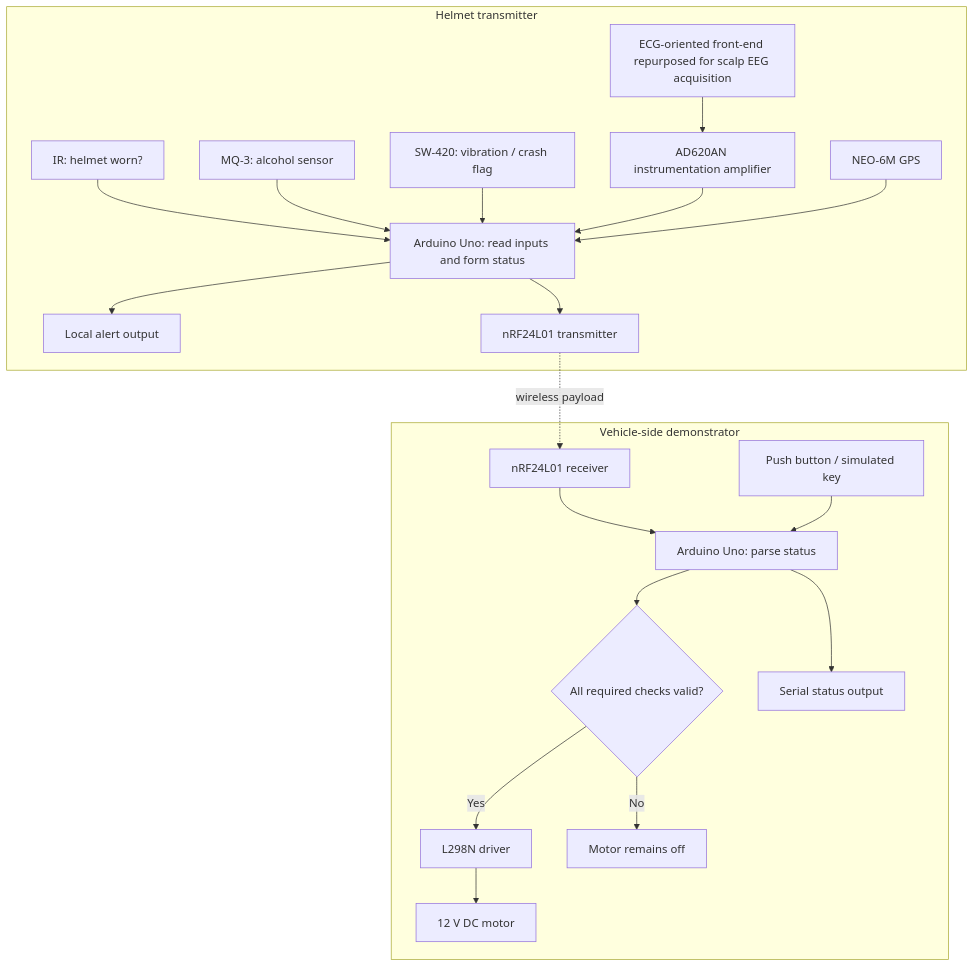
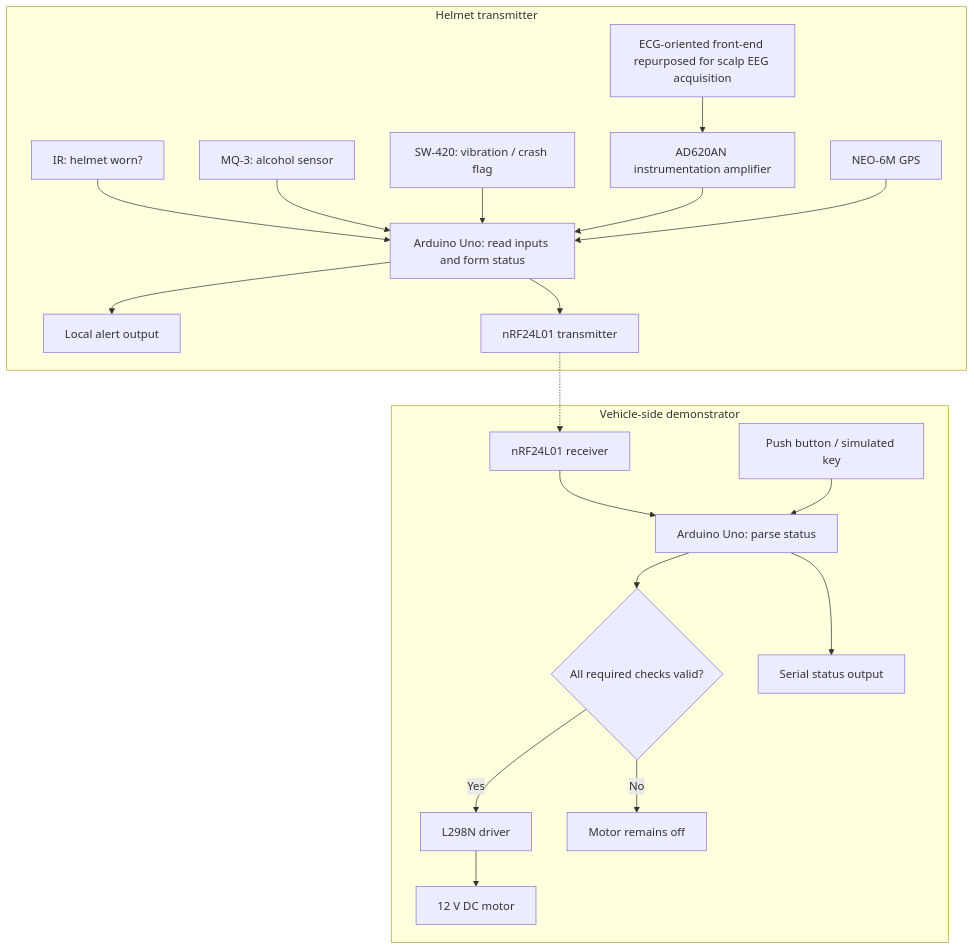
One commit to savarrare14/smart-helmet-biometric-fatigue-detection changed the diagram in docs/system-architecture.md. Above: the diagram before and after it, drawn with Mermaid.

Commit message:
Fix Mermaid diagram edge-label syntax

````diff
--- a/docs/system-architecture.md
+++ b/docs/system-architecture.md
@@ -41,31 +41,31 @@
 ```mermaid
 flowchart TD
   subgraph H["Helmet transmitter"]
     S1["IR: helmet worn?"]
     S2["MQ-3: alcohol sensor"]
     S3["SW-420: vibration / crash flag"]
     BIO["ECG-oriented front-end repurposed for scalp EEG acquisition"]
     AMP["AD620AN instrumentation amplifier"]
     S5["NEO-6M GPS"]
     M["Arduino Uno: read inputs and form status"]
     A["Local alert output"]
     R1["nRF24L01 transmitter"]
     S1 --> M
     S2 --> M
     S3 --> M
     BIO --> AMP --> M
     S5 --> M
     M --> A
     M --> R1
   end
-  R1 -. wireless payload .-> R2["nRF24L01 receiver"]
+  R1 -.-> R2["nRF24L01 receiver"]
   subgraph V["Vehicle-side demonstrator"]
     R2 --> RX["Arduino Uno: parse status"]
     KEY["Push button / simulated key"] --> RX
     RX --> C{"All required checks valid?"}
-    C -- Yes --> D["L298N driver"]
+    C -->|Yes| D["L298N driver"]
     D --> MOTOR["12 V DC motor"]
-    C -- No --> STOP["Motor remains off"]
+    C -->|No| STOP["Motor remains off"]
     RX --> SERIAL["Serial status output"]
   end
 ```
````
